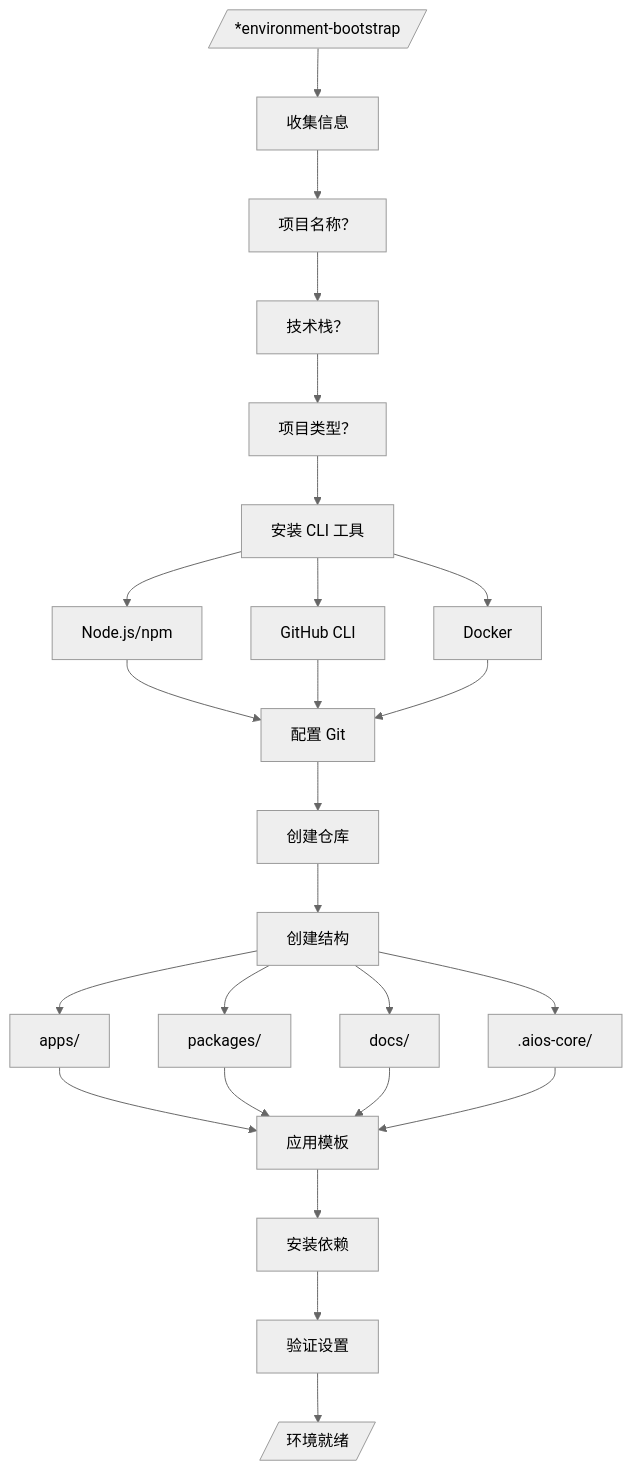
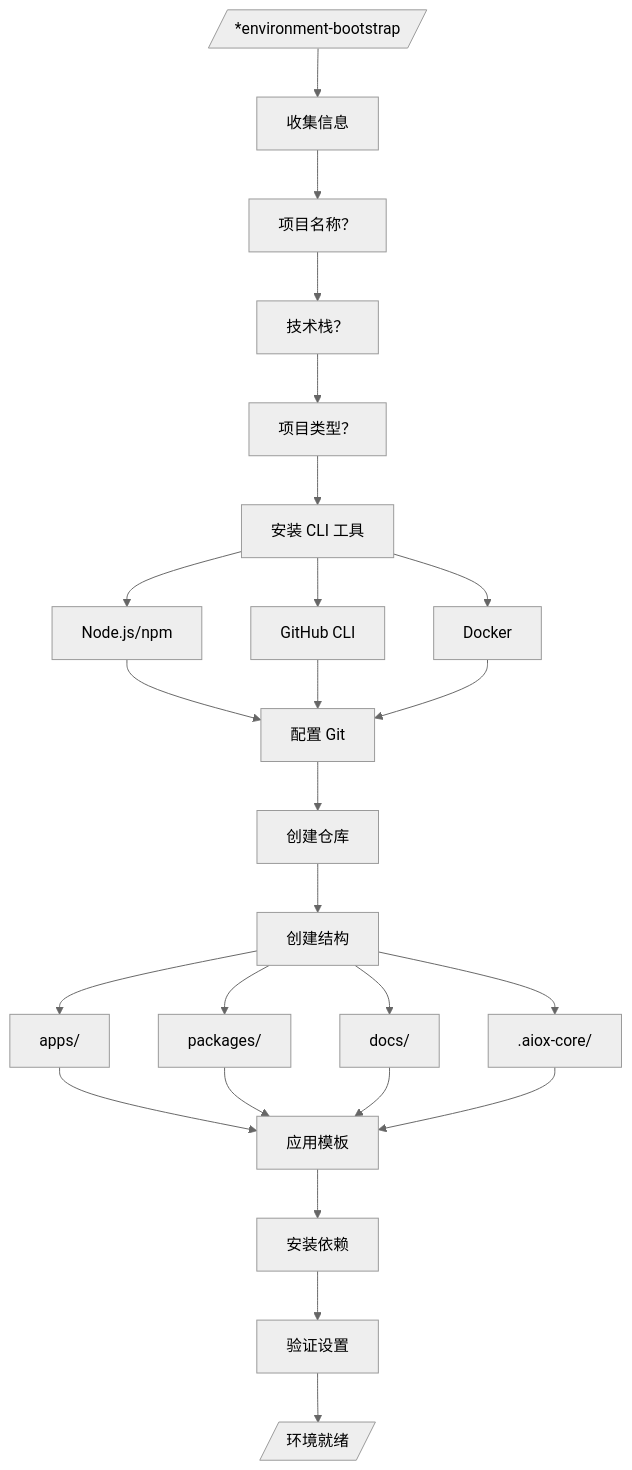
One commit to henriquetj159/henriquetj changed the sixth of 7 diagrams in docs/zh/aiox-agent-flows/devops-system.md. Above: the diagram before and after it, drawn with Mermaid (neutral theme). The commit also changed other lines of this file and 2056 other files, not shown here.

First line of the commit message:
chore: update aios→aiox references in file contents

````diff
--- a/docs/zh/aiox-agent-flows/devops-system.md
+++ b/docs/zh/aiox-agent-flows/devops-system.md
@@ -241,27 +241,27 @@
 ```mermaid
 flowchart TD
     START[/"*environment-bootstrap"/] --> ELICIT["收集信息"]
 
     ELICIT --> Q1["项目名称？"]
     Q1 --> Q2["技术栈？"]
     Q2 --> Q3["项目类型？"]
 
     Q3 --> INSTALL["安装 CLI 工具"]
     INSTALL --> CLI1["Node.js/npm"]
     INSTALL --> CLI2["GitHub CLI"]
     INSTALL --> CLI3["Docker"]
 
     CLI1 & CLI2 & CLI3 --> GIT_SETUP["配置 Git"]
     GIT_SETUP --> REPO["创建仓库"]
     REPO --> STRUCTURE["创建结构"]
 
     STRUCTURE --> DIR1["apps/"]
     STRUCTURE --> DIR2["packages/"]
     STRUCTURE --> DIR3["docs/"]
-    STRUCTURE --> DIR4[".aios-core/"]
+    STRUCTURE --> DIR4[".aiox-core/"]
 
     DIR1 & DIR2 & DIR3 & DIR4 --> TEMPLATES["应用模板"]
     TEMPLATES --> DEPS["安装依赖"]
     DEPS --> VALIDATE["验证设置"]
     VALIDATE --> END[/"环境就绪"/]
 ```
````
